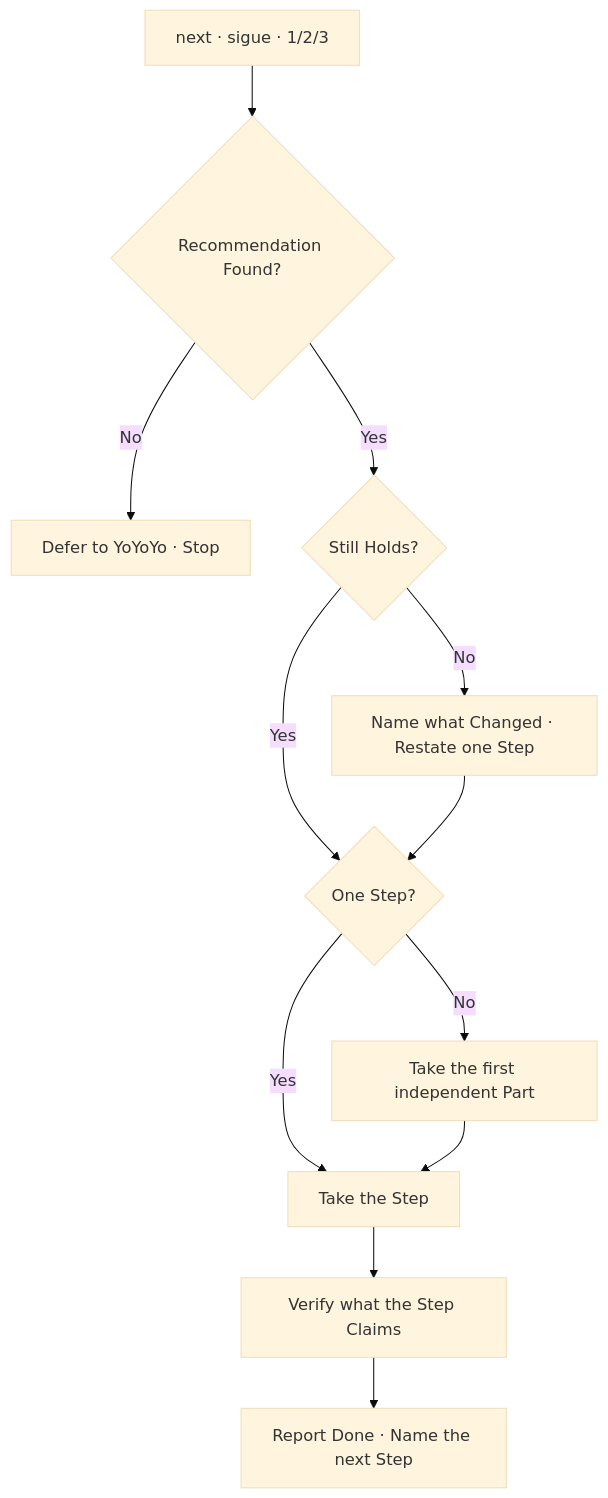
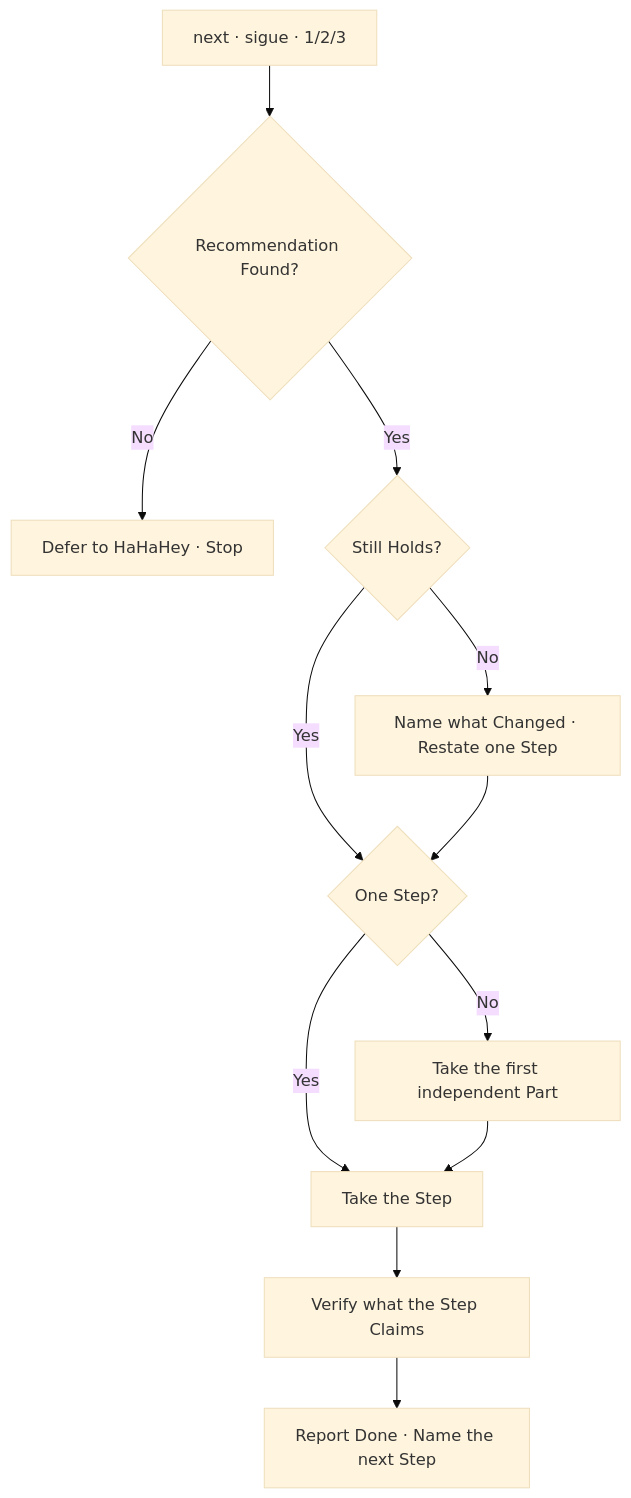
One commit to metaliaw/muchi changed the diagram in backend/.agents/skills/next-next-next/SKILL.md. Above: the diagram before and after it, drawn with Mermaid (base theme). The commit also changed other lines of this file and 22 other files, not shown here.

````diff
--- a/backend/.agents/skills/next-next-next/SKILL.md
+++ b/backend/.agents/skills/next-next-next/SKILL.md
@@ -17,14 +17,14 @@
 ```mermaid
 flowchart TD
     START["next · sigue · 1/2/3"] --> FIND{"Recommendation Found?"}
-    FIND -- No --> OPEN["Defer to YoYoYo · Stop"]
+    FIND -- No --> OPEN["Defer to HaHaHey · Stop"]
     FIND -- Yes --> HOLDS{"Still Holds?"}
     HOLDS -- No --> RENAME["Name what Changed · Restate one Step"]
     HOLDS -- Yes --> SIZE{"One Step?"}
     RENAME --> SIZE
     SIZE -- No --> SPLIT["Take the first independent Part"]
     SIZE -- Yes --> DO["Take the Step"]
     SPLIT --> DO
     DO --> VERIFY["Verify what the Step Claims"]
     VERIFY --> REPORT["Report Done · Name the next Step"]
 ```
````
